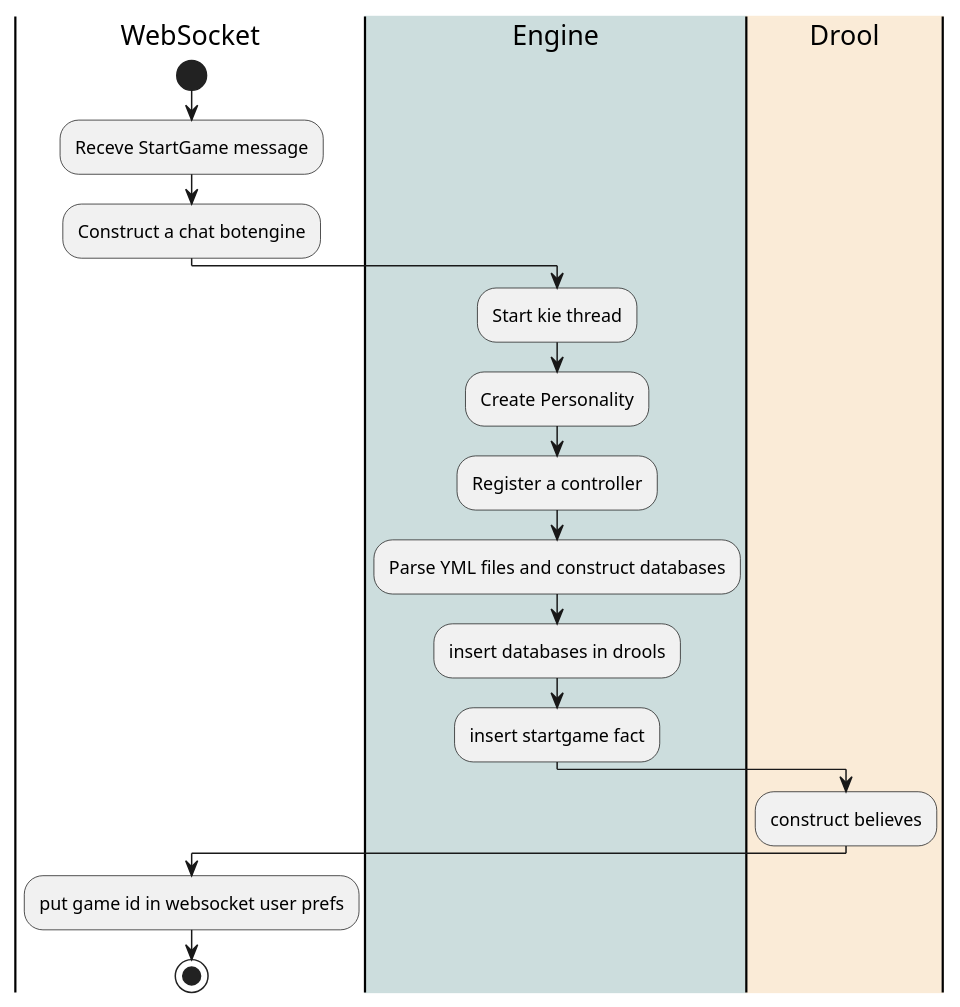
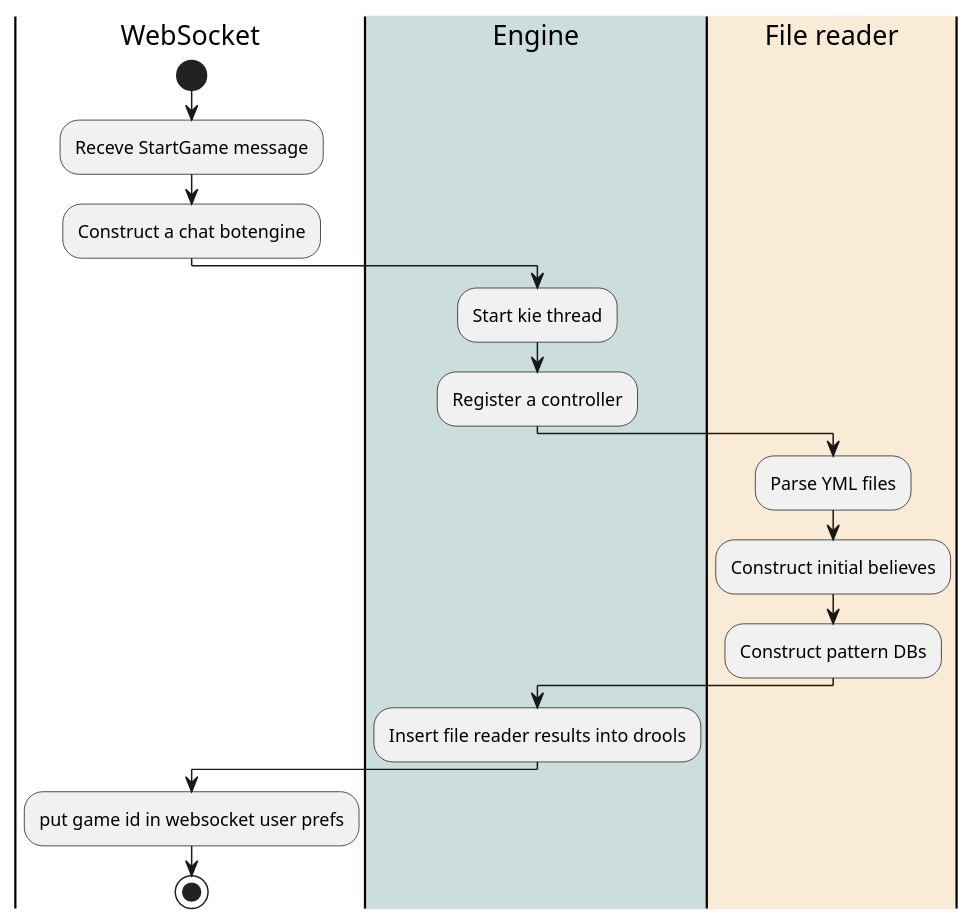
One commit to jappeace/methods-homework changed diagram 14 of 16 in thesis/thesis.org. Above: the diagram before and after it, drawn with PlantUML. The commit also changed other lines of this file, not shown here.

Commit message:
Added todo notes about what to do next week

```diff
--- a/thesis/thesis.org
+++ b/thesis/thesis.org
@@ -3217,18 +3219,18 @@
 #+BEGIN_SRC plantuml :cache yes :file img/uml/initjung.png :exports results
   |WebSocket|
   start
   :Receve StartGame message;
   :Construct a chat botengine;
   |#CCDDDD|Engine|
   :Start kie thread;
-  :Create Personality;
   :Register a controller;
-  :Parse YML files and construct databases;
-  :insert databases in drools;
-  :insert startgame fact;
-  |#AntiqueWhite|Drool|
-  :construct believes;
+  |#AntiqueWhite|File reader|
+  :Parse YML files;
+  :Construct initial believes;
+  :Construct pattern DBs;
+  |#CCDDDD|Engine|
+  :Insert file reader results into drools;
   |WebSocket|
   :put game id in websocket user prefs;
   stop
 #+END_SRC
```
